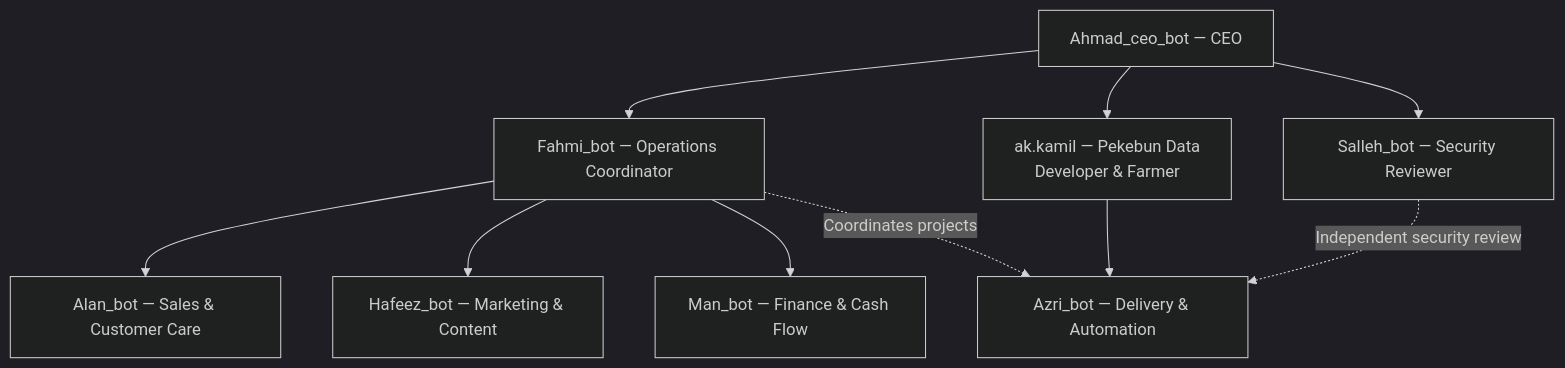
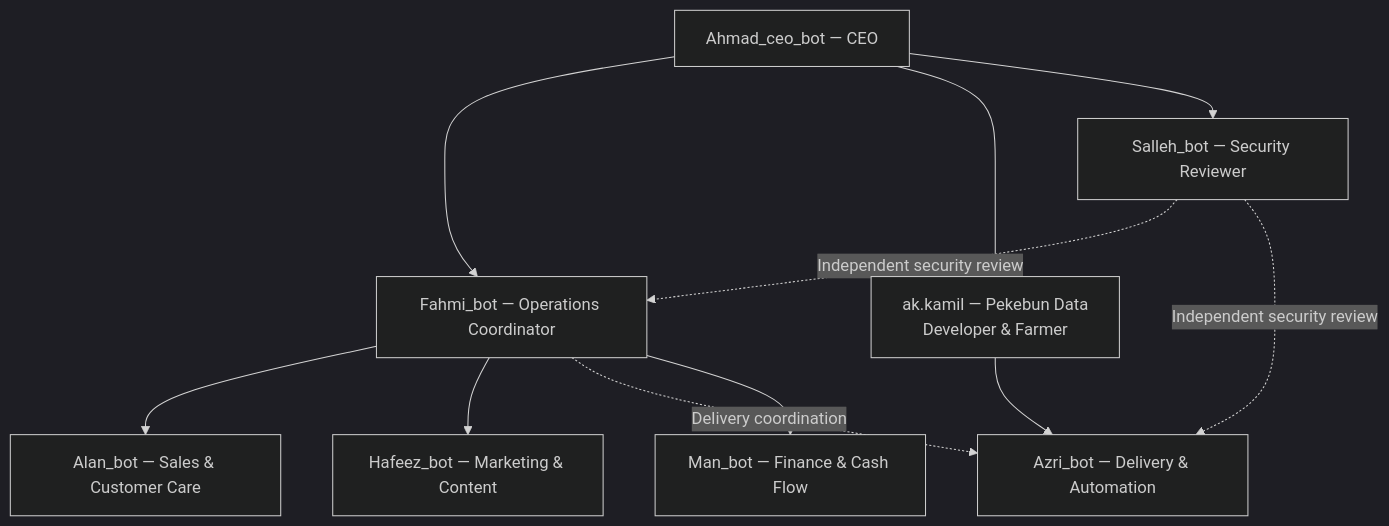
The diagram in docs/agent-organisation.md (kamil-io/agentic-ai-workspace), drawn with Mermaid (dark theme) before and after one commit. The commit also changed 1 other file, not shown here.

Commit message:
docs: expand Azri_bot soul and update org review flows

````diff
--- a/docs/agent-organisation.md
+++ b/docs/agent-organisation.md
@@ -7,13 +7,14 @@
 ```mermaid
 flowchart TD
     CEO["Ahmad_ceo_bot — CEO"]
     CEO --> Ops["Fahmi_bot — Operations Coordinator"]
     CEO --> Kamil["ak.kamil — Pekebun Data<br/>Developer & Farmer"]
-    CEO --> Security["Salleh_bot — Security Reviewer"]
     Ops --> Sales["Alan_bot — Sales & Customer Care"]
     Ops --> Marketing["Hafeez_bot — Marketing & Content"]
+    Kamil --> Delivery["Azri_bot — Delivery & Automation"]
+    Ops -. "Delivery coordination" .-> Delivery
     Ops --> Finance["Man_bot — Finance & Cash Flow"]
-    Kamil --> Delivery["Azri_bot — Delivery & Automation"]
-    Ops -. "Coordinates projects" .-> Delivery
+    CEO --> Security["Salleh_bot — Security Reviewer"]
+    Security -. "Independent security review" .-> Ops
     Security -. "Independent security review" .-> Delivery
 ```
````
